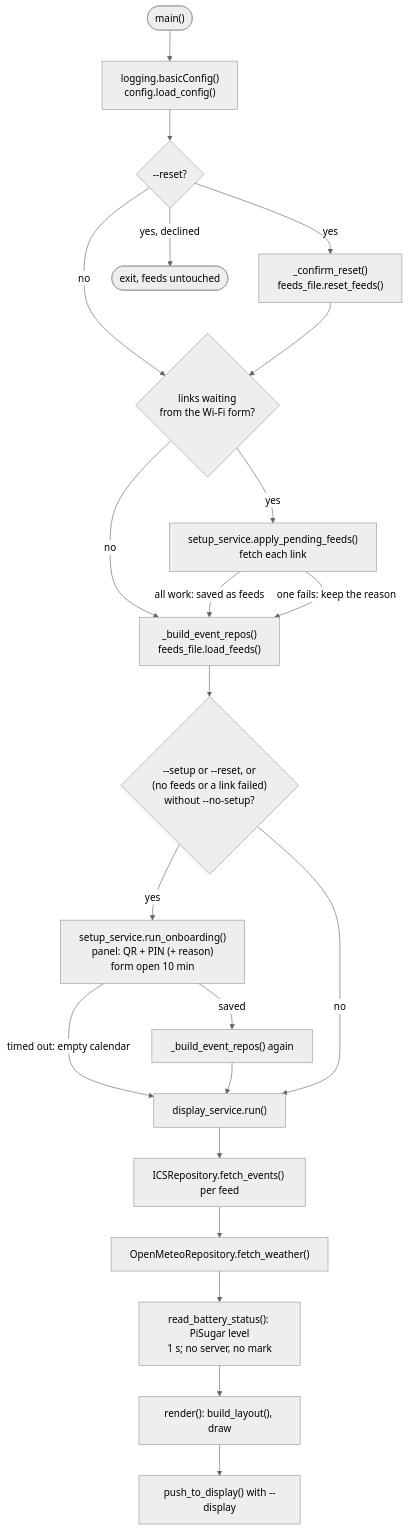
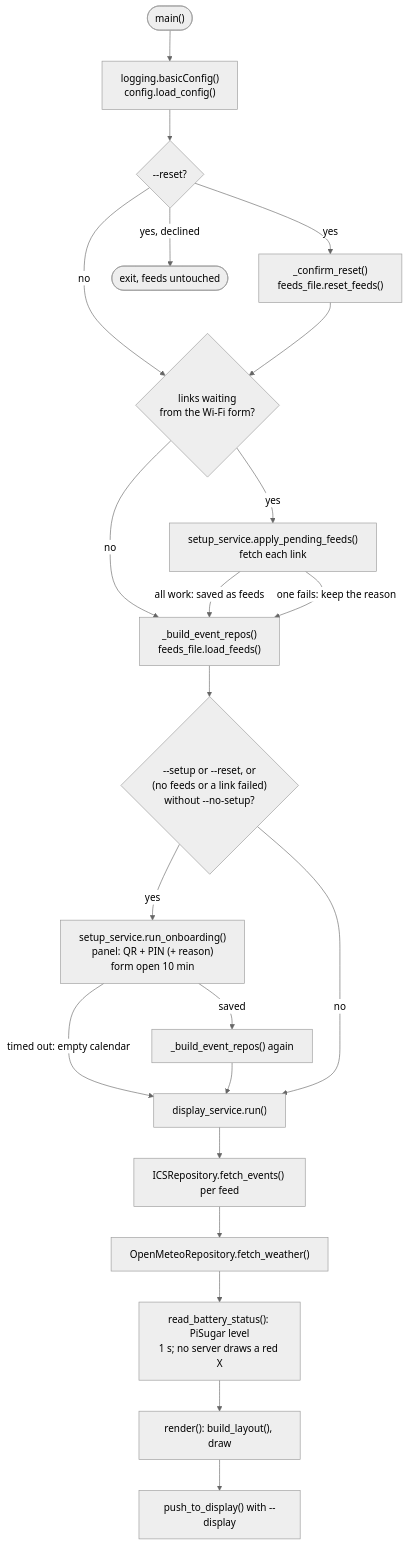
Before and after one commit to ShengKai234/google-calendar-api: the sixth of 6 diagrams in docs/ARCHITECTURE.md, drawn with Mermaid (neutral theme). The commit also changed 8 other files, not shown here.

First line of the commit message:
fix(display): draw a red cross when the battery cannot be read

````diff
--- a/docs/ARCHITECTURE.md
+++ b/docs/ARCHITECTURE.md
@@ -261,24 +261,24 @@
 ```mermaid
 flowchart TB
   S(["main()"]) --> LOG["logging.basicConfig()<br/>config.load_config()"]
   LOG --> RS{"--reset?"}
   RS -->|"yes"| DEL["_confirm_reset()<br/>feeds_file.reset_feeds()"]
   RS -->|"yes, declined"| STOP(["exit, feeds untouched"])
   RS -->|"no"| PEND
   DEL --> PEND{"links waiting<br/>from the Wi-Fi form?"}
   PEND -->|"yes"| AP["setup_service.apply_pending_feeds()<br/>fetch each link"]
   PEND -->|"no"| REPO
   AP -->|"all work: saved as feeds"| REPO
   AP -->|"one fails: keep the reason"| REPO
   REPO["_build_event_repos()<br/>feeds_file.load_feeds()"] --> Q{"--setup or --reset, or<br/>(no feeds or a link failed)<br/>without --no-setup?"}
   Q -->|"yes"| ONB["setup_service.run_onboarding()<br/>panel: QR + PIN (+ reason)<br/>form open 10 min"]
   ONB -->|"saved"| REPO2["_build_event_repos() again"]
   ONB -->|"timed out: empty calendar"| RUN
   REPO2 --> RUN
   Q -->|"no"| RUN["display_service.run()"]
   RUN --> F1["ICSRepository.fetch_events() per feed"]
   F1 --> F2["OpenMeteoRepository.fetch_weather()"]
-  F2 --> BAT["read_battery_status(): PiSugar level<br/>1 s; no server, no mark"]
+  F2 --> BAT["read_battery_status(): PiSugar level<br/>1 s; no server draws a red X"]
   BAT --> F3["render(): build_layout(), draw"]
   F3 --> F4["push_to_display() with --display"]
 ```
````
